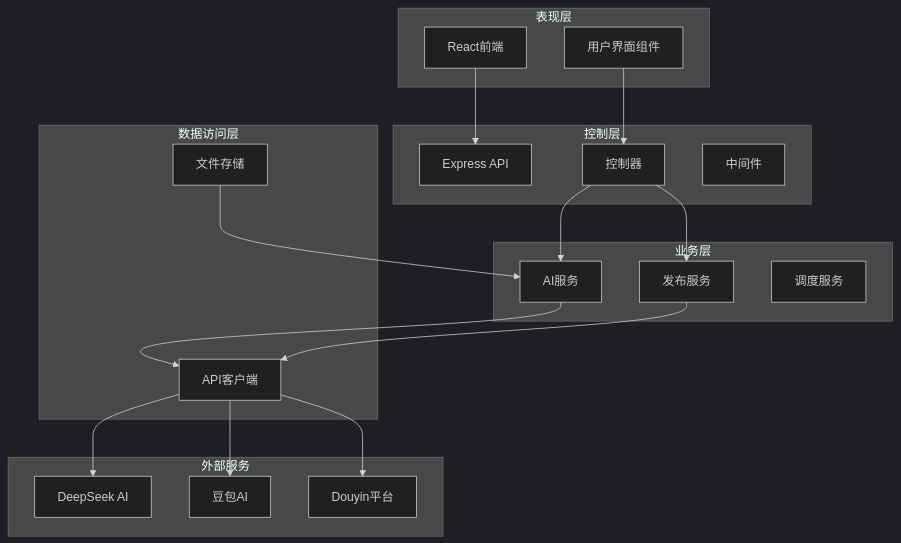
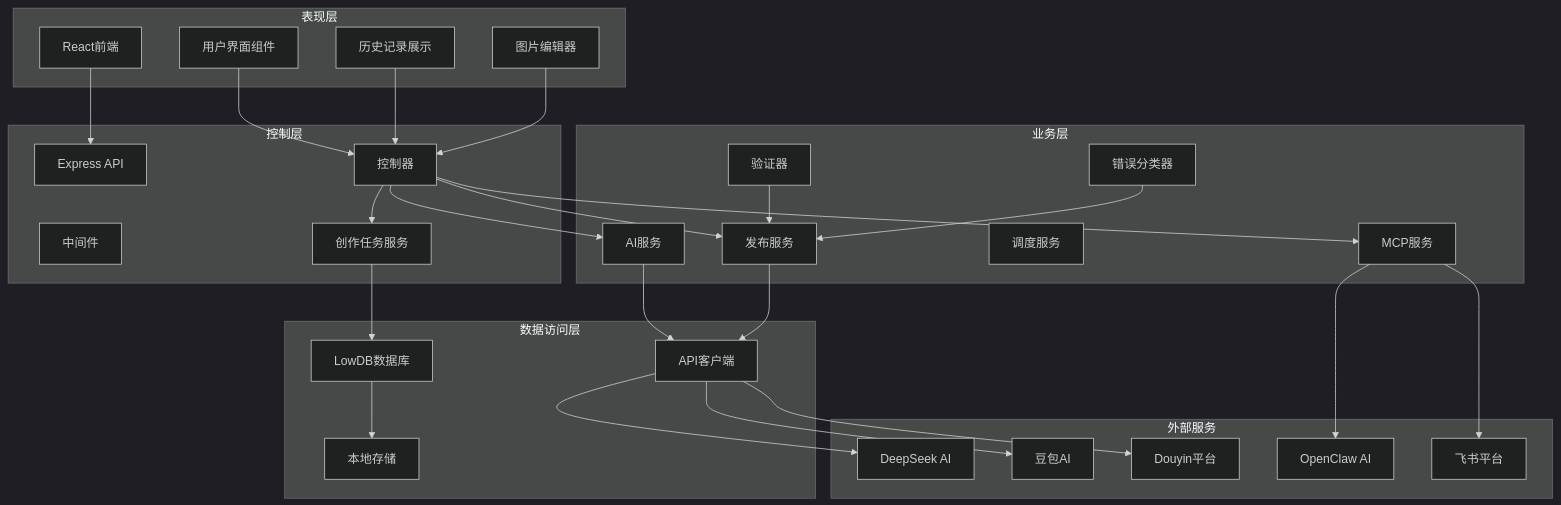
The fourth of 16 diagrams in .qoder/repowiki/zh/content/核心模块详解/发布服务模块/AI发布服务.md (songdiyang/clawOperations), drawn with Mermaid (dark theme) before and after one commit. The commit also changed other lines of this file and 10 other files, not shown here.

````diff
--- a/.qoder/repowiki/zh/content/核心模块详解/发布服务模块/AI发布服务.md
+++ b/.qoder/repowiki/zh/content/核心模块详解/发布服务模块/AI发布服务.md
@@ -211,36 +264,54 @@
 ```mermaid
 graph TB
 subgraph "表现层"
 Frontend[React前端]
 UI[用户界面组件]
+History[历史记录展示]
+ImageEditor[图片编辑器]
 end
 subgraph "控制层"
 API[Express API]
 Controllers[控制器]
 Middlewares[中间件]
+TaskService[创作任务服务]
 end
 subgraph "业务层"
 AIService[AI服务]
 PublishService[发布服务]
 SchedulerService[调度服务]
+MCPService[MCP服务]
+Validator[验证器]
+ErrorClassifier[错误分类器]
 end
 subgraph "数据访问层"
 APIClient[API客户端]
-Storage[文件存储]
+LocalStorage[本地存储]
+Database[LowDB数据库]
 end
 subgraph "外部服务"
 DeepSeek[DeepSeek AI]
 Doubao[豆包AI]
 Douyin[Douyin平台]
+OpenClaw[OpenClaw AI]
+Feishu[飞书平台]
 end
 Frontend --> API
 UI --> Controllers
+History --> Controllers
+ImageEditor --> Controllers
 Controllers --> AIService
 Controllers --> PublishService
+Controllers --> MCPService
+Controllers --> TaskService
 AIService --> APIClient
 PublishService --> APIClient
+MCPService --> OpenClaw
+MCPService --> Feishu
 APIClient --> DeepSeek
 APIClient --> Doubao
 APIClient --> Douyin
-Storage --> AIService
+TaskService --> Database
+Database --> LocalStorage
+Validator --> PublishService
+ErrorClassifier --> PublishService
 ```
````
